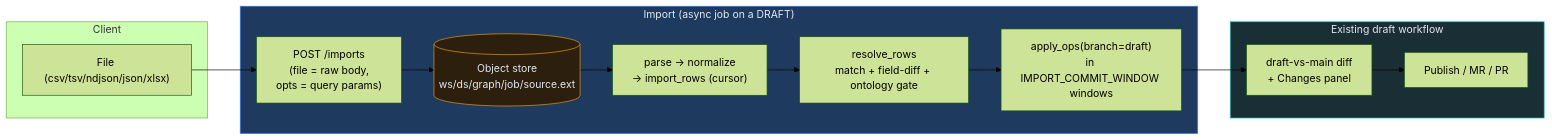
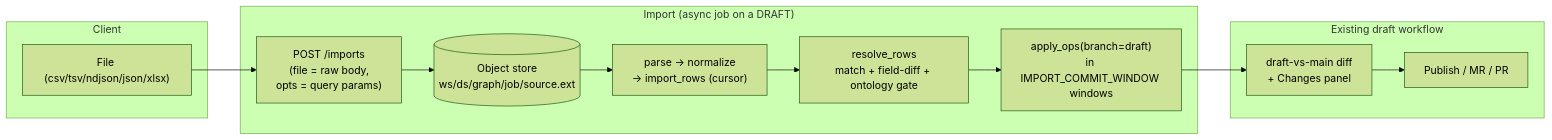
One commit to rkrumins/dataviz changed the diagram in docs/versioning/08-import-export.md. Above: the diagram before and after it, drawn with Mermaid (forest theme). The commit also changed 46 other files, not shown here.

````diff
--- a/docs/versioning/08-import-export.md
+++ b/docs/versioning/08-import-export.md
@@ -38,23 +38,20 @@
 ```mermaid
 graph LR
     subgraph Client
       F["File (csv/tsv/ndjson/json/xlsx)"]
     end
     subgraph Import["Import (async job on a DRAFT)"]
       EP["POST /imports<br/>(file = raw body,<br/>opts = query params)"]
       OS[("Object store<br/>ws/ds/graph/job/source.ext")]
       P["parse → normalize<br/>→ import_rows (cursor)"]
       R["resolve_rows<br/>match + field-diff + ontology gate"]
       A["apply_ops(branch=draft)<br/>in IMPORT_COMMIT_WINDOW windows"]
     end
     subgraph Review["Existing draft workflow"]
       D["draft-vs-main diff<br/>+ Changes panel"]
       PUB["Publish / MR / PR"]
     end
 
     F --> EP --> OS --> P --> R --> A --> D --> PUB
 
-    style Import fill:#1e3a5f,stroke:#3b82f6,color:#e2e8f0
-    style Review fill:#1a2e35,stroke:#14b8a6,color:#e2e8f0
-    style OS fill:#2d1f0e,stroke:#f59e0b,color:#e2e8f0
 ```
````
